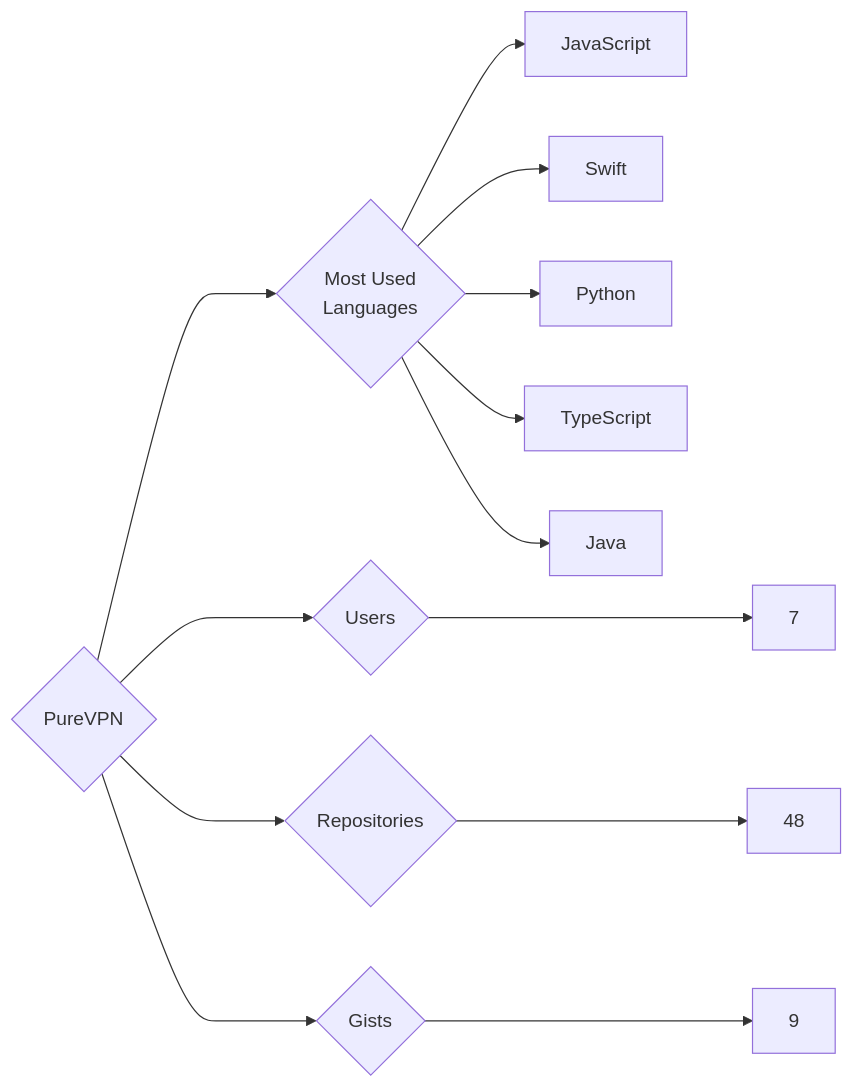
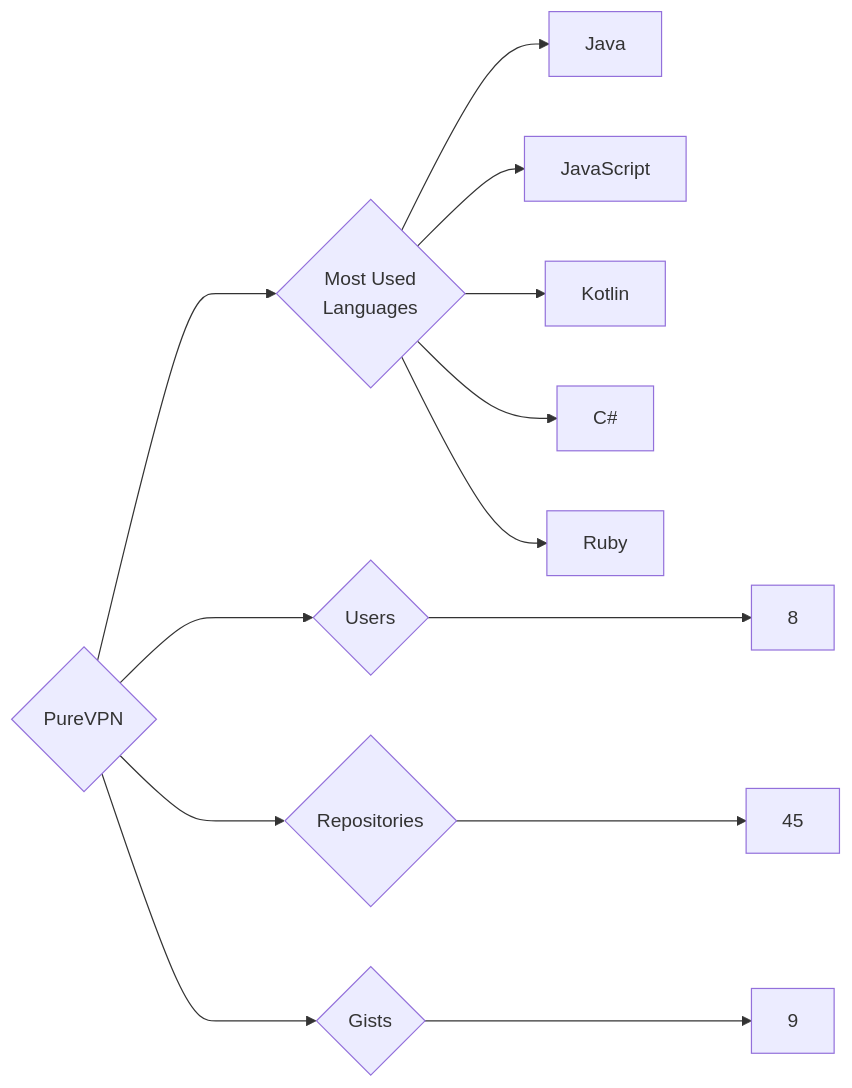
The diagram in targets/PureVPN/README.md (trickest/insiders), drawn with Mermaid before and after one commit. The commit also changed 770 other files, not shown here.

````diff
--- a/targets/PureVPN/README.md
+++ b/targets/PureVPN/README.md
@@ -3,13 +3,13 @@
 ```mermaid
 graph LR
 COMPANY_NAME{PureVPN}
-COMPANY_NAME ---> U{Users} ---> UN[7]
-COMPANY_NAME ---> R{Repositories} ---> RN[48]
+COMPANY_NAME ---> U{Users} ---> UN[8]
+COMPANY_NAME ---> R{Repositories} ---> RN[45]
 COMPANY_NAME ---> G{Gists} ---> GN[9]
 COMPANY_NAME ---> ML{Most Used<br>Languages}
+ML --> Java[Java]
 ML --> JavaScript[JavaScript]
-ML --> Swift[Swift]
-ML --> Python[Python]
-ML --> TypeScript[TypeScript]
-ML --> Java[Java]
+ML --> Kotlin[Kotlin]
+ML --> C#[C#]
+ML --> Ruby[Ruby]
 ```
````
